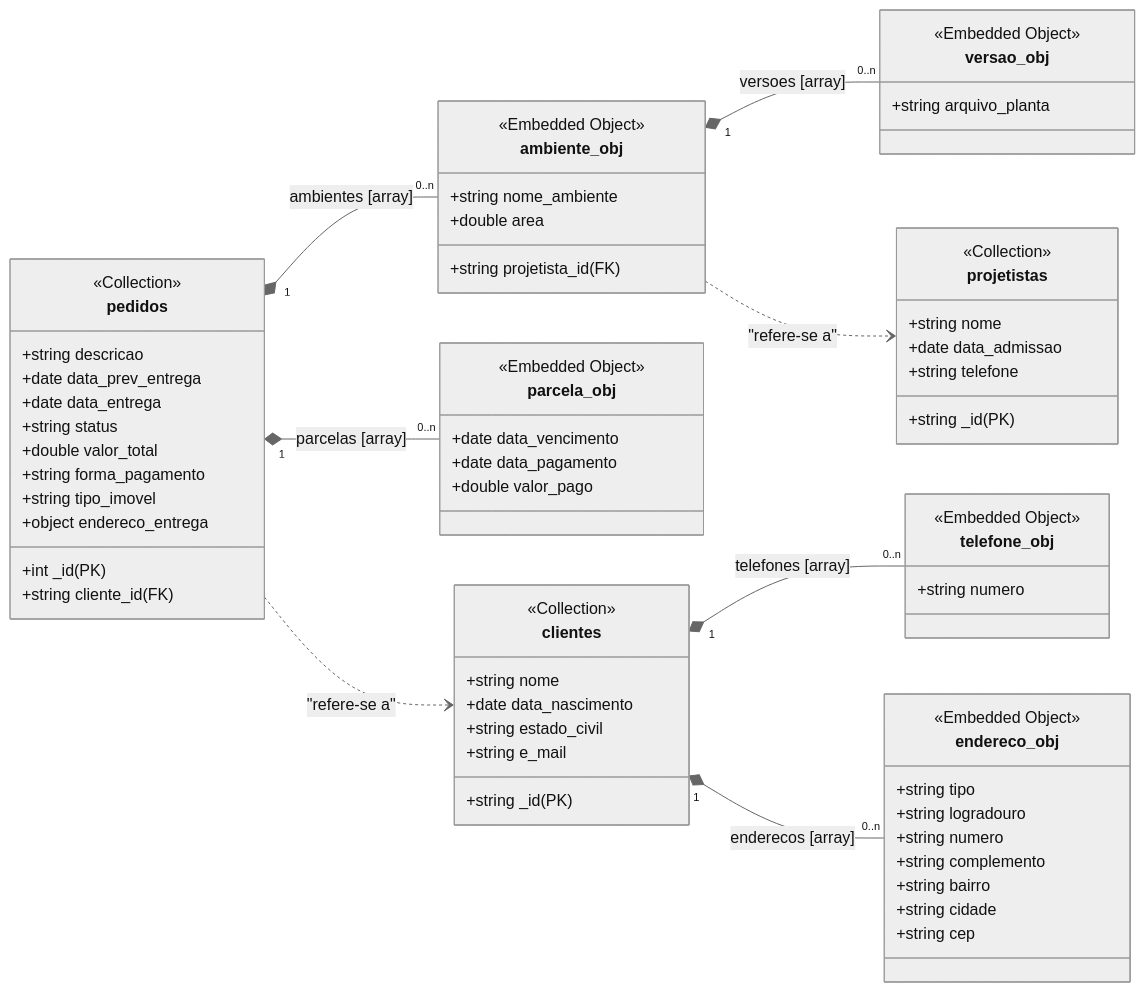
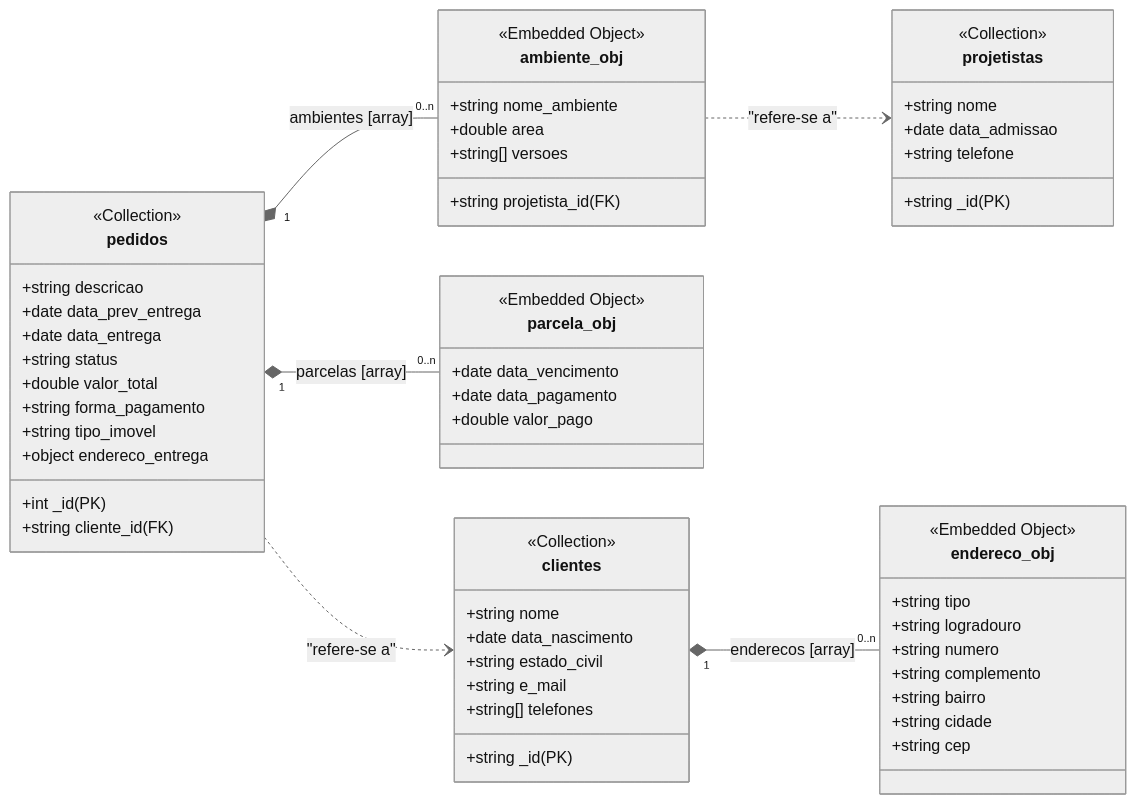
The diagram in v2/mongo/modelo-nr-expandido.mmd (thallyslemos/bd2-casa-prado-mongo), drawn with Mermaid (neutral theme) before and after one commit. The commit also changed 3 other files, not shown here.

Commit message:
corrige campos telefones e versoes

```diff
--- a/v2/mongo/modelo-nr-expandido.mmd
+++ b/v2/mongo/modelo-nr-expandido.mmd
@@ -1,78 +1,68 @@
 classDiagram
     direction LR
 
     class clientes {
         <<Collection>>
         +string _id (PK)
         +string nome
         +date data_nascimento
         +string estado_civil
         +string e_mail
-    }
-
-    class telefone_obj {
-        <<Embedded Object>>
-        +string numero
+        +string[] telefones
     }
 
     class endereco_obj {
         <<Embedded Object>>
         +string tipo
         +string logradouro
         +string numero
         +string complemento
         +string bairro
         +string cidade
         +string cep
     }
 
     class projetistas {
         <<Collection>>
         +string _id (PK)
         +string nome
         +date data_admissao
         +string telefone
     }
 
     class pedidos {
         <<Collection>>
         +int _id (PK)
         +string descricao
         +date data_prev_entrega
         +date data_entrega
         +string status
         +double valor_total
         +string forma_pagamento
         +string tipo_imovel
         +string cliente_id (FK)
         +object endereco_entrega
     }
 
     class parcela_obj {
         <<Embedded Object>>
         +date data_vencimento
         +date data_pagamento
         +double valor_pago
     }
 
     class ambiente_obj {
         <<Embedded Object>>
         +string nome_ambiente
         +double area
         +string projetista_id (FK)
+        +string[] versoes
     }
 
-    class versao_obj {
-        <<Embedded Object>>
-        +string arquivo_planta
-    }
-
-    clientes "1" *-- "0..n" telefone_obj : telefones [array]
     clientes "1" *-- "0..n" endereco_obj : enderecos [array]
 
     pedidos "1" *-- "0..n" parcela_obj : parcelas [array]
     pedidos "1" *-- "0..n" ambiente_obj : ambientes [array]
     pedidos ..> clientes : "refere-se a"
 
-    ambiente_obj "1" *-- "0..n" versao_obj : versoes [array]
     ambiente_obj ..> projetistas : "refere-se a"
```
